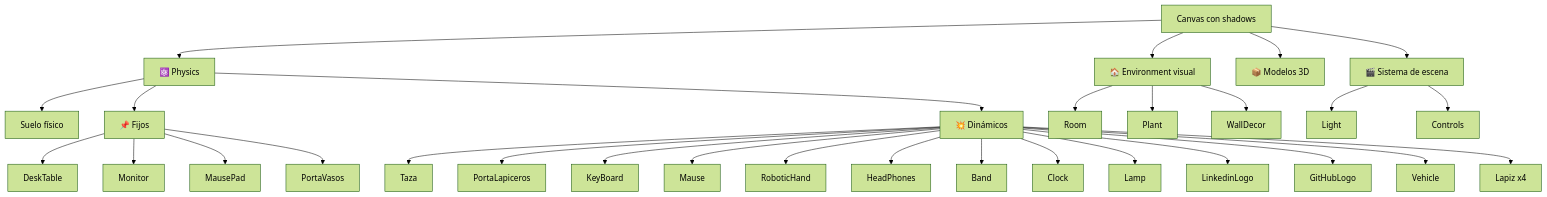
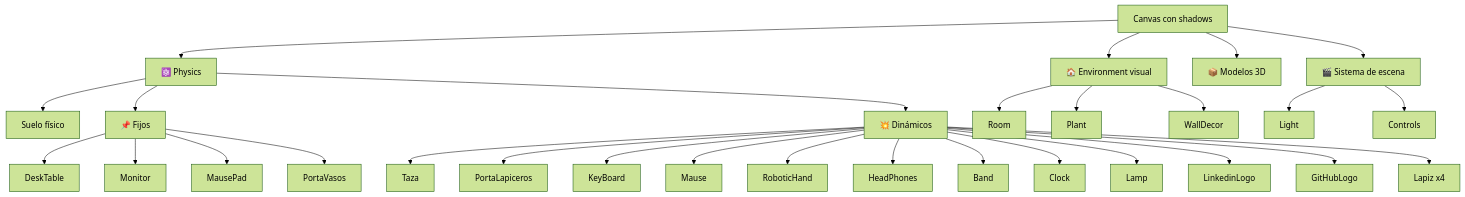
Before and after one commit to Palcojulian/portafolio: the first of 4 diagrams in docs/04-escena-3d/sistema-de-escena.md, drawn with Mermaid (forest theme). The commit also changed 8 other files, not shown here.

````diff
--- a/docs/04-escena-3d/sistema-de-escena.md
+++ b/docs/04-escena-3d/sistema-de-escena.md
@@ -35,39 +35,38 @@
 ```mermaid
 graph TB
     Canvas[Canvas con shadows]
 
     Canvas --> Physics[⚛️ Physics]
     Canvas --> Env[🏠 Environment visual]
     Canvas --> Models[📦 Modelos 3D]
     Canvas --> Scene[🎬 Sistema de escena]
 
     Physics --> Floor[Suelo físico]
     Physics --> Fixed[📌 Fijos]
     Physics --> Dynamic[💥 Dinámicos]
 
     Env --> Room
     Env --> Plant
     Env --> WallDecor
 
     Scene --> Light
     Scene --> Controls
 
     Fixed --> DeskTable
     Fixed --> Monitor
     Fixed --> MausePad
     Fixed --> PortaVasos
 
     Dynamic --> Taza
     Dynamic --> PortaLapiceros
     Dynamic --> KeyBoard
     Dynamic --> Mause
     Dynamic --> RoboticHand
     Dynamic --> HeadPhones
     Dynamic --> Band
     Dynamic --> Clock
     Dynamic --> Lamp
     Dynamic --> LinkedinLogo
     Dynamic --> GitHubLogo
-    Dynamic --> Vehicle
     Dynamic --> Lapiz1[Lapiz x4]
 ```
````
